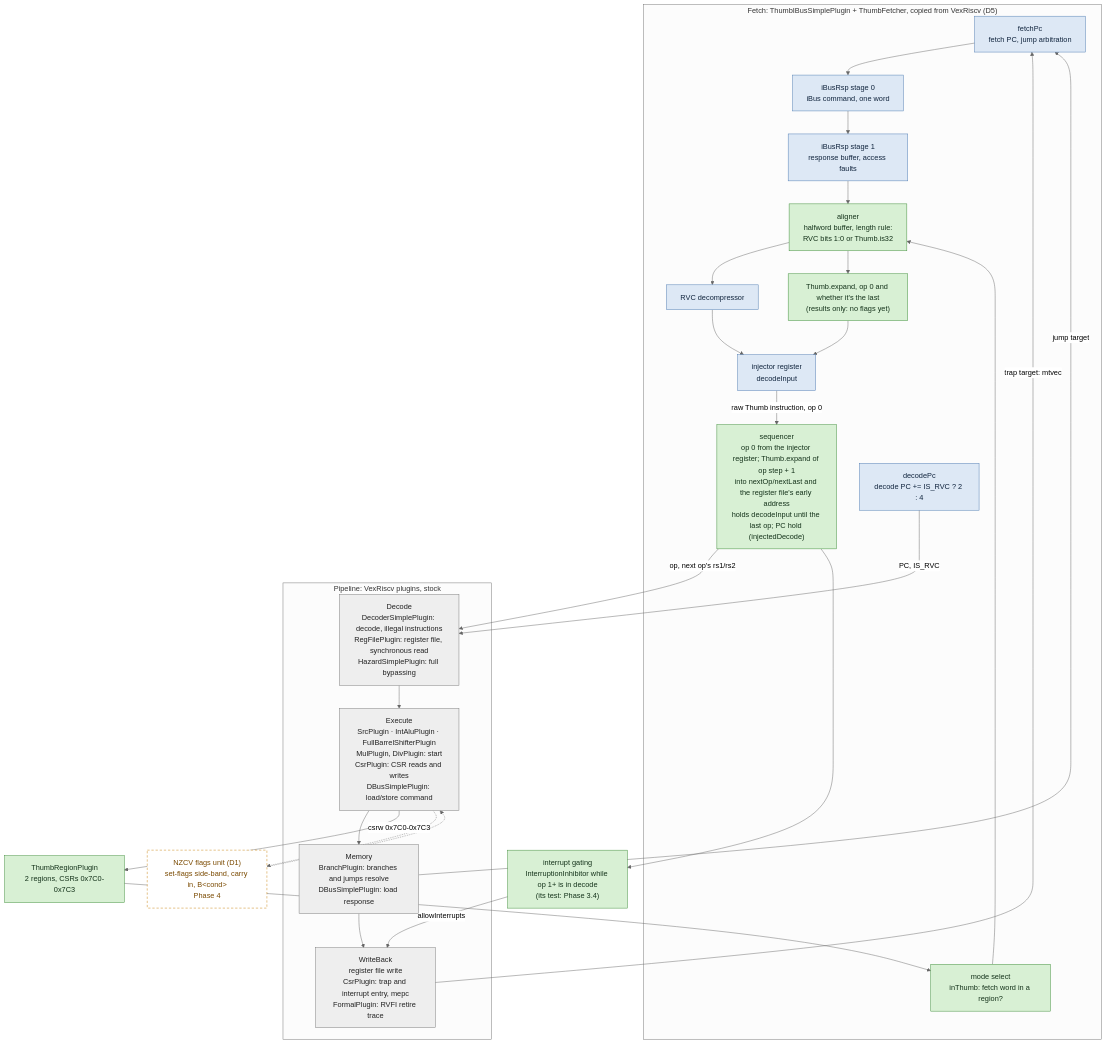
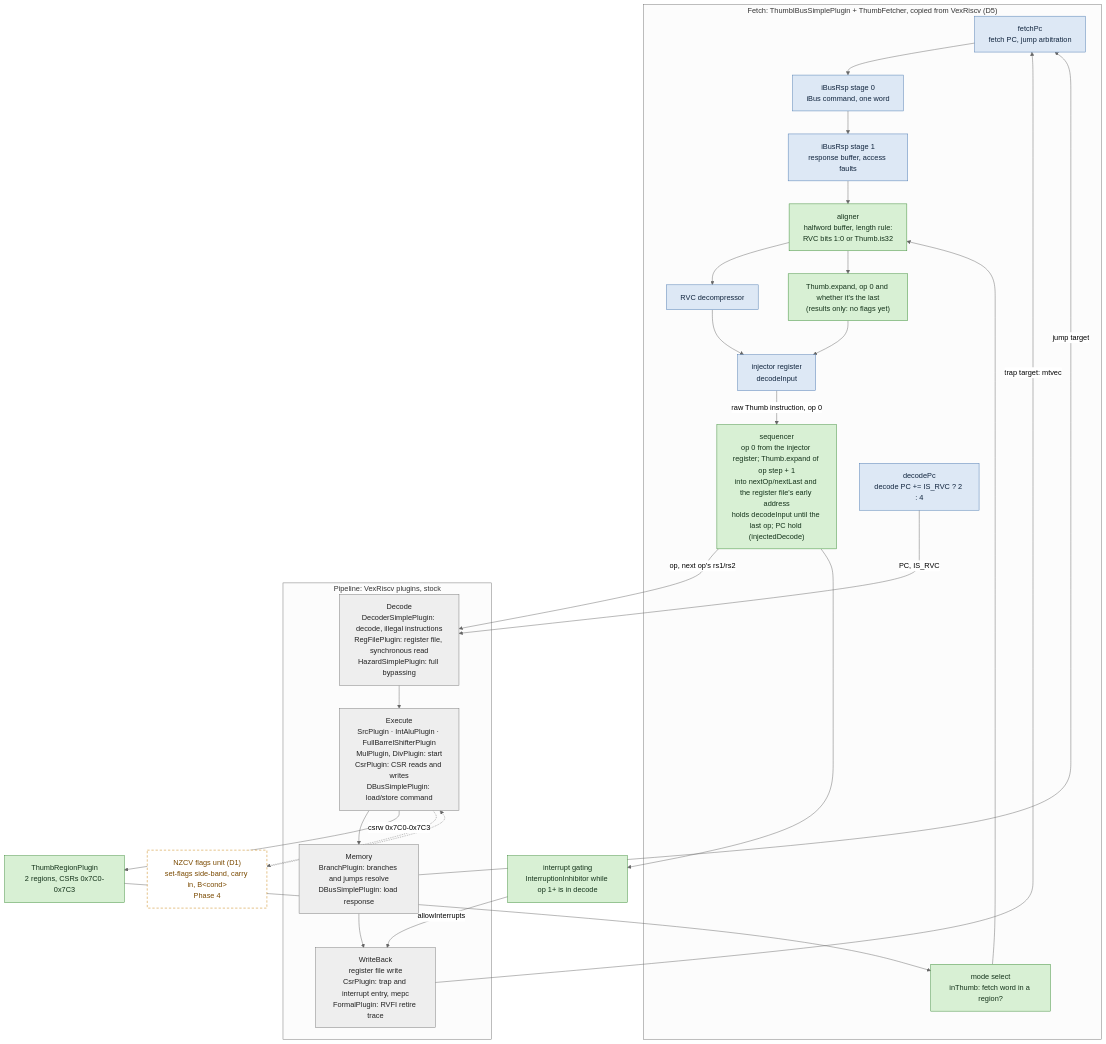
The second of 2 diagrams in docs/architecture.md (oskarvh/thumb-v), drawn with Mermaid (neutral theme) before and after one commit. The commit also changed other lines of this file and 12 other files, not shown here.

````diff
--- a/docs/architecture.md
+++ b/docs/architecture.md
@@ -53,51 +55,51 @@
 ```mermaid
 flowchart TB
     classDef stock fill:#eeeeee,stroke:#777777,color:#222222
     classDef copied fill:#dde8f5,stroke:#4a78b0,color:#10243d
     classDef thumbv fill:#d8f0d4,stroke:#3a8a35,color:#14321a
     classDef planned fill:#ffffff,stroke:#c77d00,stroke-dasharray:5 4,color:#7a4a00
 
     subgraph FETCH["Fetch: ThumbIBusSimplePlugin + ThumbFetcher, copied from VexRiscv (D5)"]
         PC["fetchPc<br/>fetch PC, jump arbitration"]:::copied
         CMD["iBusRsp stage 0<br/>iBus command, one word"]:::copied
         RSP["iBusRsp stage 1<br/>response buffer, access faults"]:::copied
         MODE["mode select<br/>inThumb: fetch word in a region?"]:::thumbv
         ALIGN["aligner<br/>halfword buffer, length rule:<br/>RVC bits 1:0 or Thumb.is32"]:::thumbv
         RVCD["RVC decompressor"]:::copied
         EXP["Thumb.expand, op 0 and whether it's the last<br/>(results only: no flags yet)"]:::thumbv
         INJ["injector register<br/>decodeInput"]:::copied
         SEQ["sequencer<br/>op 0 from the injector register; Thumb.expand of op step + 1<br/>into nextOp/nextLast and the register file's early address<br/>holds decodeInput until the last op; PC hold (injectedDecode)"]:::thumbv
         DPC["decodePc<br/>decode PC += IS_RVC ? 2 : 4"]:::copied
     end
 
     REGIONS["ThumbRegionPlugin<br/>2 regions, CSRs 0x7C0-0x7C3"]:::thumbv
 
     subgraph PIPE["Pipeline: VexRiscv plugins, stock"]
         DECODE["Decode<br/>DecoderSimplePlugin: decode, illegal instructions<br/>RegFilePlugin: register file, synchronous read<br/>HazardSimplePlugin: full bypassing"]:::stock
         EXEC["Execute<br/>SrcPlugin · IntAluPlugin · FullBarrelShifterPlugin<br/>MulPlugin, DivPlugin: start<br/>CsrPlugin: CSR reads and writes<br/>DBusSimplePlugin: load/store command"]:::stock
         MEMORY["Memory<br/>BranchPlugin: branches and jumps resolve<br/>DBusSimplePlugin: load response"]:::stock
         WB["WriteBack<br/>register file write<br/>CsrPlugin: trap and interrupt entry, mepc<br/>FormalPlugin: RVFI retire trace"]:::stock
     end
 
     NZCV["NZCV flags unit (D1)<br/>set-flags side-band, carry in, B#lt;cond#gt;<br/>Phase 4"]:::planned
-    GATE["interrupt gating<br/>InterruptionInhibitor while op 1+ is in decode<br/>(its test: Phase 3.4)"]:::thumbv
+    GATE["interrupt gating<br/>InterruptionInhibitor while op 1+ is in decode"]:::thumbv
 
     PC --> CMD --> RSP --> ALIGN
     MODE --> ALIGN
     ALIGN --> RVCD
     ALIGN --> EXP
     RVCD --> INJ
     EXP --> INJ
     INJ -- "raw Thumb instruction, op 0" --> SEQ
     SEQ -- "op, next op's rs1/rs2" --> DECODE
     DPC -- "PC, IS_RVC" --> DECODE
     REGIONS --> MODE
     DECODE --> EXEC --> MEMORY --> WB
     EXEC -- "csrw 0x7C0-0x7C3" --> REGIONS
     MEMORY -- "jump target" --> PC
     WB -- "trap target: mtvec" --> PC
     SEQ --> GATE
     GATE -- "allowInterrupts" --> WB
     EXEC -.-> NZCV
     NZCV -.-> EXEC
 ```
````
